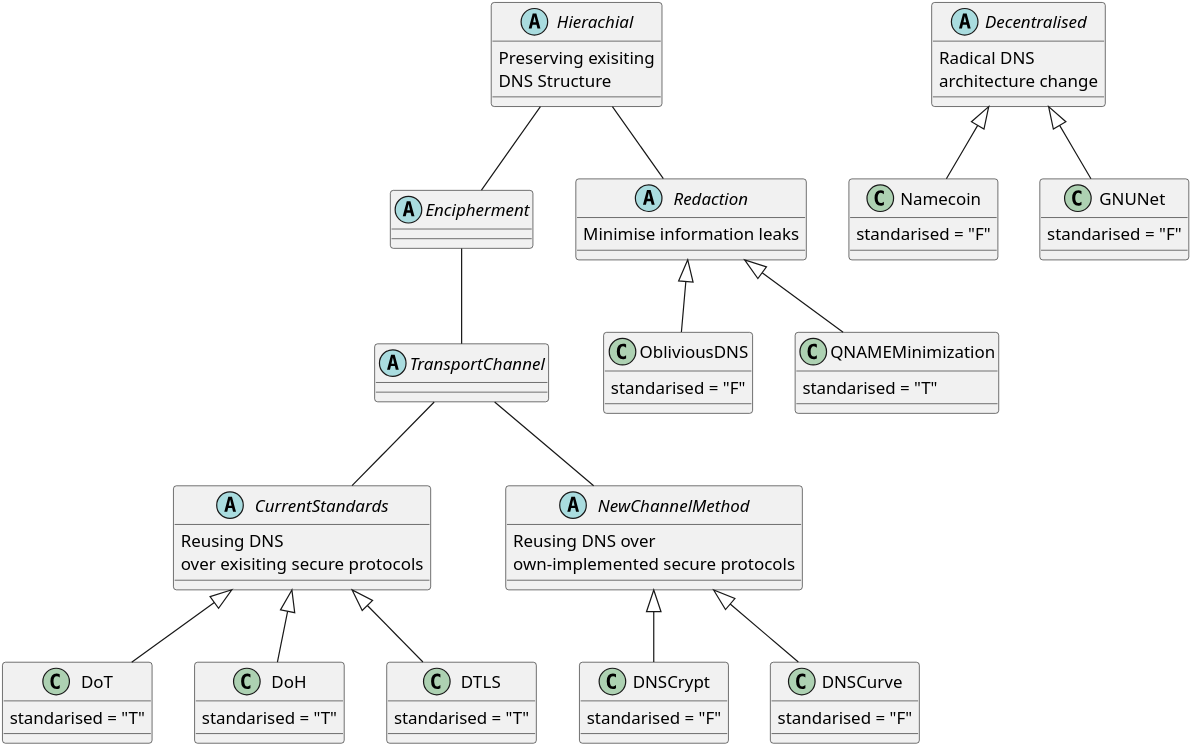
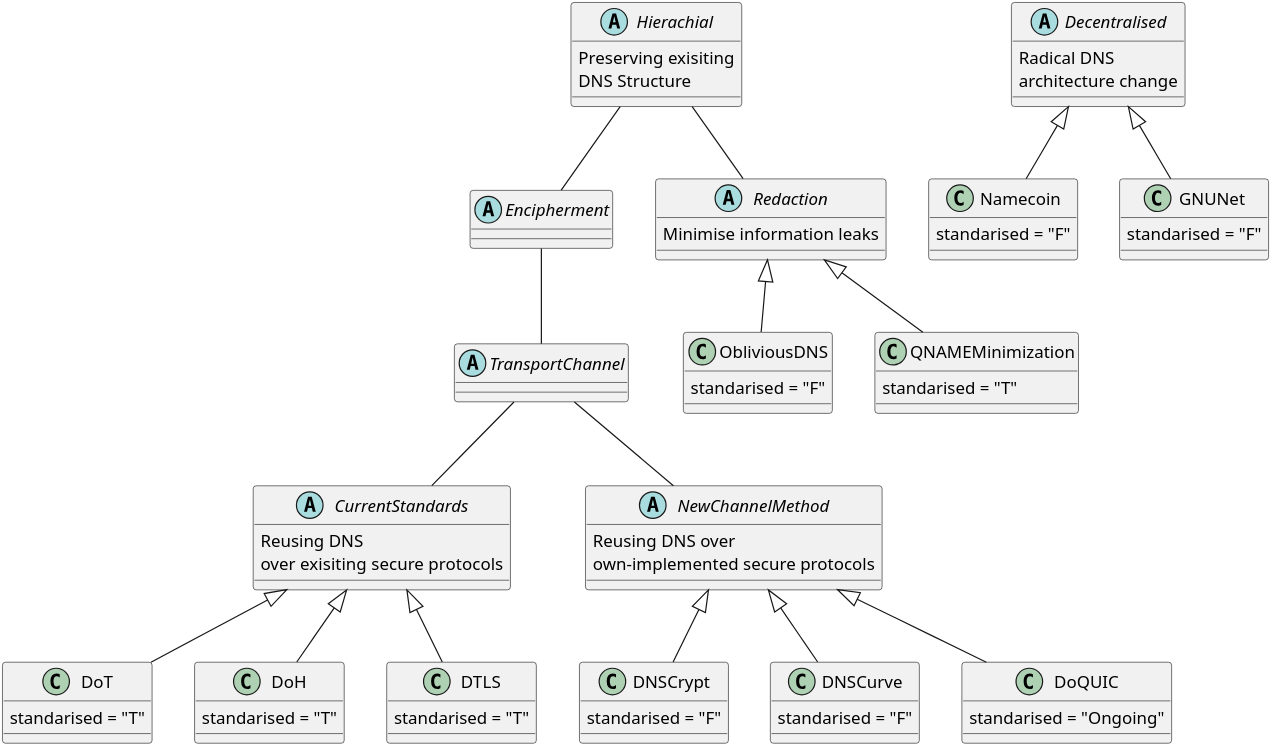
The diagram in MainReport/img/dnsprivacy-classification.plantuml (songhokun/2DV50E-2019VT), drawn with PlantUML before and after one commit. The commit also changed 4 other files, not shown here.

```diff
--- a/MainReport/img/dnsprivacy-classification.plantuml
+++ b/MainReport/img/dnsprivacy-classification.plantuml
@@ -1,73 +1,77 @@
 @startuml
 skinparam dpi 400
 
 abstract Hierachial {
     Preserving exisiting\nDNS Structure 
 }
 abstract Decentralised {
     Radical DNS\narchitecture change
 }
 abstract Encipherment {
 
 }
 abstract Redaction {
     Minimise information leaks
 }
 abstract TransportChannel {
 
 }
 abstract CurrentStandards {
     Reusing DNS\nover exisiting secure protocols
 }
 abstract NewChannelMethod {
     Reusing DNS over\nown-implemented secure protocols
 }
 class DoT {
     standarised = "T"
 }
 class DoH {
     standarised = "T"
 }
 class Namecoin {
     standarised = "F"
 }
 class GNUNet {
     standarised = "F"
 }
 class ObliviousDNS{
     standarised = "F"
 }
 class QNAMEMinimization{
     standarised = "T"
 }
 class DTLS{
     standarised = "T"
 }
 class DNSCrypt{
     standarised = "F"
 }
 class DNSCurve{
     standarised = "F"
 }
+class DoQUIC{
+    standarised = "Ongoing"
+}
 
 Hierachial -- Encipherment
 Hierachial -- Redaction
 
 Encipherment -- TransportChannel
 TransportChannel -- CurrentStandards
 TransportChannel -- NewChannelMethod
 
 CurrentStandards <|-- DoT
 CurrentStandards <|-- DoH
 CurrentStandards <|-- DTLS
 
 Redaction <|-- ObliviousDNS
 Redaction <|-- QNAMEMinimization
 
 NewChannelMethod <|-- DNSCrypt
 NewChannelMethod <|-- DNSCurve
+NewChannelMethod <|-- DoQUIC
 
 Decentralised <|-- Namecoin
 Decentralised <|-- GNUNet
 
 @enduml
```
